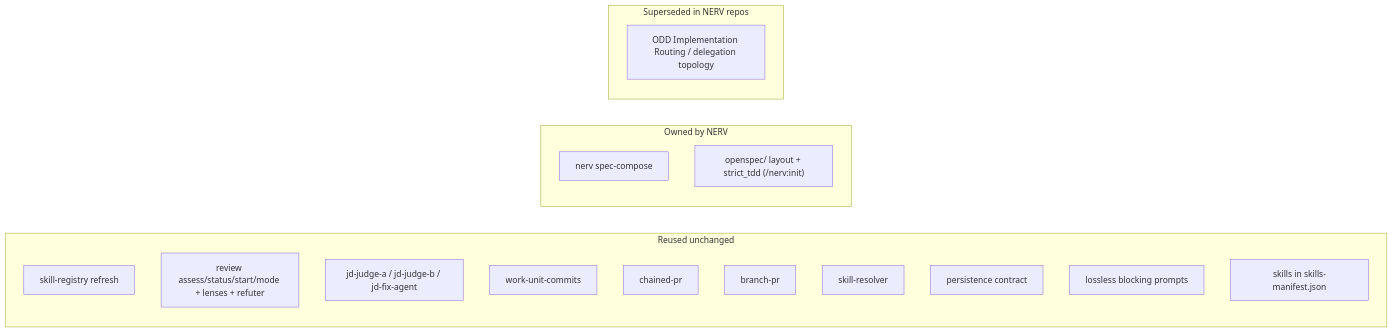
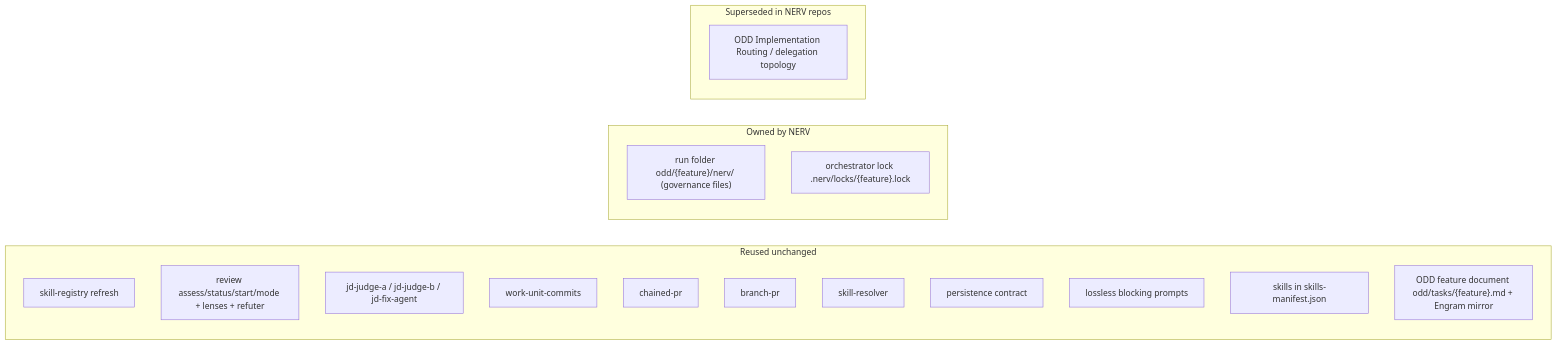
One commit to war-apps/nerv-by-gentle-ai changed the third of 7 diagrams in docs/integration.md. Above: the diagram before and after it, drawn with Mermaid. The commit also changed other lines of this file and 54 other files, not shown here.

First line of the commit message:
feat(orchestrator)!: track NERV runs in gentle-ai's ODD document instead of OpenSpec

````diff
--- a/docs/integration.md
+++ b/docs/integration.md
@@ -88,24 +91,25 @@
 ```mermaid
 flowchart LR
     subgraph Reused["Reused unchanged"]
         R1["skill-registry refresh"]
         R2["review assess/status/start/mode + lenses + refuter"]
         R3["jd-judge-a / jd-judge-b / jd-fix-agent"]
         R4["work-unit-commits"]
         R5["chained-pr"]
         R6["branch-pr"]
         R7["skill-resolver"]
         R8["persistence contract"]
         R9["lossless blocking prompts"]
         R10["skills in skills-manifest.json"]
+        R11["ODD feature document odd/tasks/{feature}.md + Engram mirror"]
     end
 
     subgraph Owned["Owned by NERV"]
-        O1["nerv spec-compose"]
-        O2["openspec/ layout + strict_tdd (/nerv:init)"]
+        O1["run folder odd/{feature}/nerv/ (governance files)"]
+        O2["orchestrator lock .nerv/locks/{feature}.lock"]
     end
 
     subgraph Superseded["Superseded in NERV repos"]
         S1["ODD Implementation Routing / delegation topology"]
     end
 ```
````
